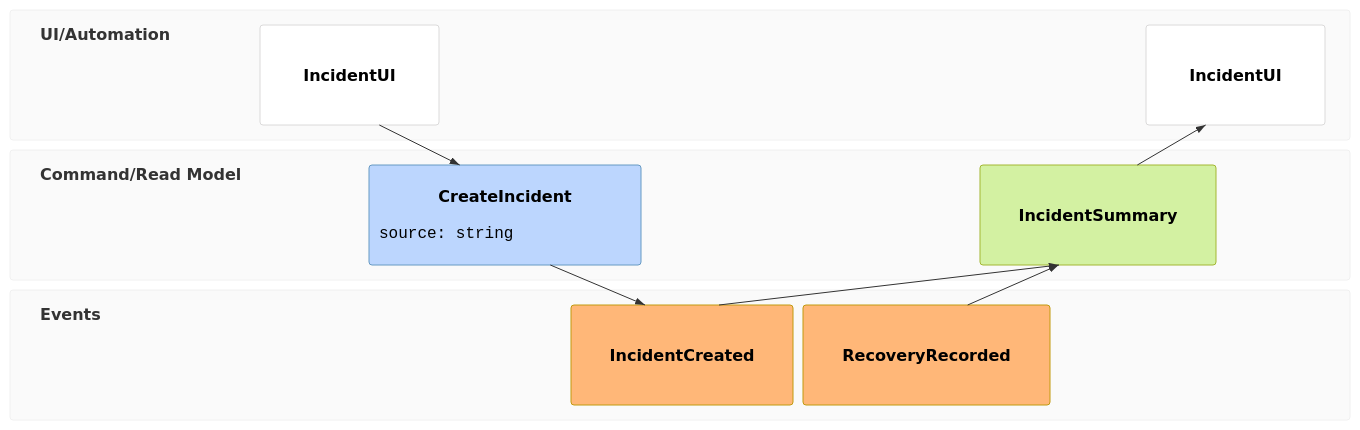
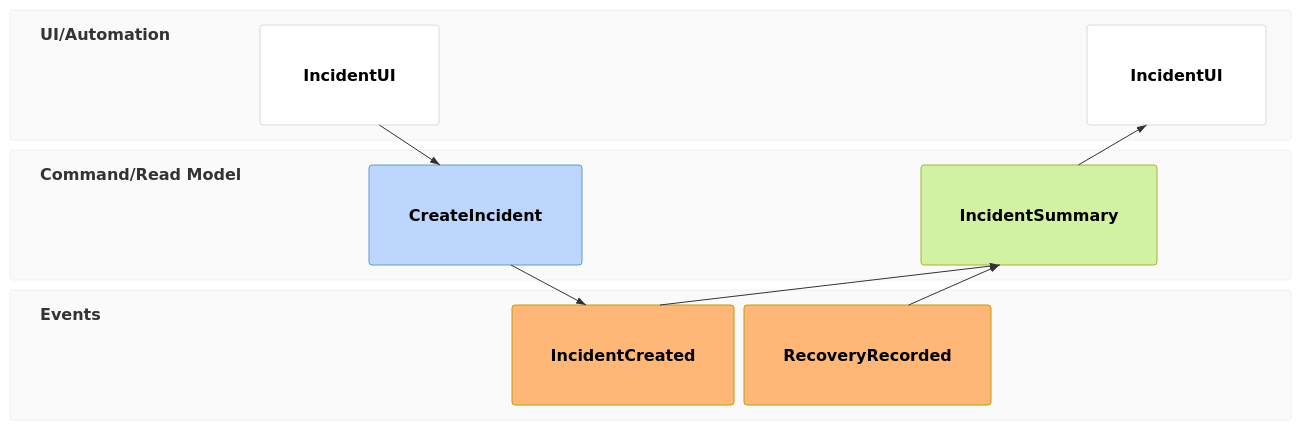
Before and after one commit to mols3131d/mols-agent-assets: the second of 2 diagrams in src/rulesync/.rulesync/skills/mols-mermaid-diagram/references/examples/event-modeling.md, drawn with Mermaid. The commit also changed other lines of this file, not shown here.

Commit message:
docs(mermaid): keep event modeling core example renderer-stable

````diff
--- a/src/rulesync/.rulesync/skills/mols-mermaid-diagram/references/examples/event-modeling.md
+++ b/src/rulesync/.rulesync/skills/mols-mermaid-diagram/references/examples/event-modeling.md
@@ -42,10 +42,10 @@
 ```mermaid
 eventmodeling
     tf 01 ui IncidentUI
-    tf 02 cmd CreateIncident { source: string }
+    tf 02 cmd CreateIncident
     tf 03 evt IncidentCreated
 
     rf 04 evt RecoveryRecorded
     tf 05 rmo IncidentSummary ->> 03 ->> 04
     tf 06 ui IncidentUI ->> 05
 ```
````
